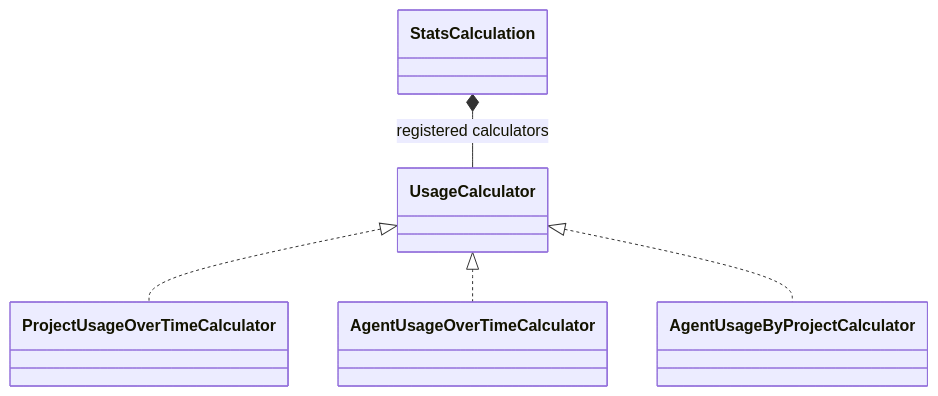
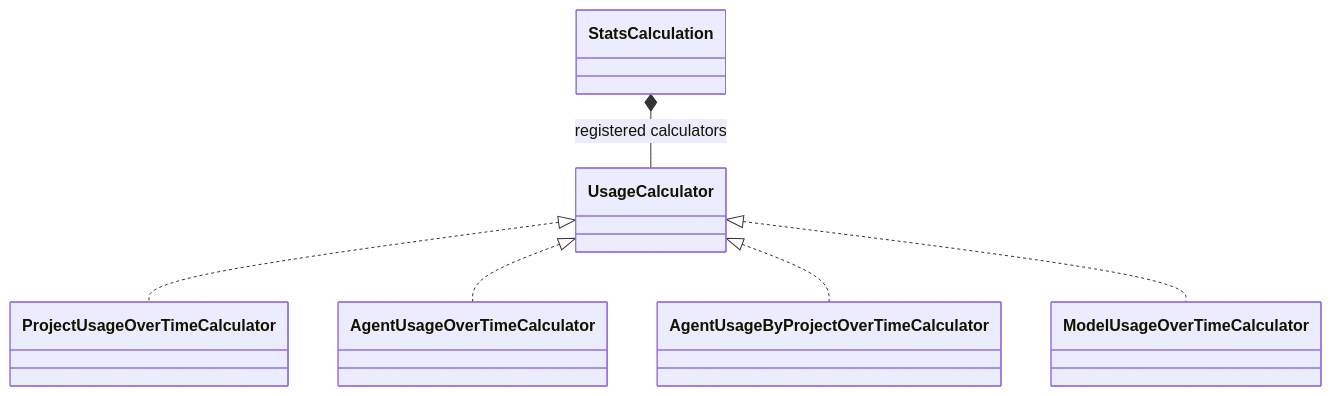
One commit to xtrmstep/codex-stats-analyzer changed the second of 2 diagrams in specification/02-architecture/02-design/020-backend-class-design.md. Above: the diagram before and after it, drawn with Mermaid. The commit also changed other lines of this file and 3 other files, not shown here.

Commit message:
overview-charts: specify trends and totals

````diff
--- a/specification/02-architecture/02-design/020-backend-class-design.md
+++ b/specification/02-architecture/02-design/020-backend-class-design.md
@@ -36,7 +38,8 @@
 ```mermaid
 classDiagram
     StatsCalculation *-- UsageCalculator : registered calculators
     UsageCalculator <|.. ProjectUsageOverTimeCalculator
     UsageCalculator <|.. AgentUsageOverTimeCalculator
-    UsageCalculator <|.. AgentUsageByProjectCalculator
+    UsageCalculator <|.. AgentUsageByProjectOverTimeCalculator
+    UsageCalculator <|.. ModelUsageOverTimeCalculator
 ```
````
